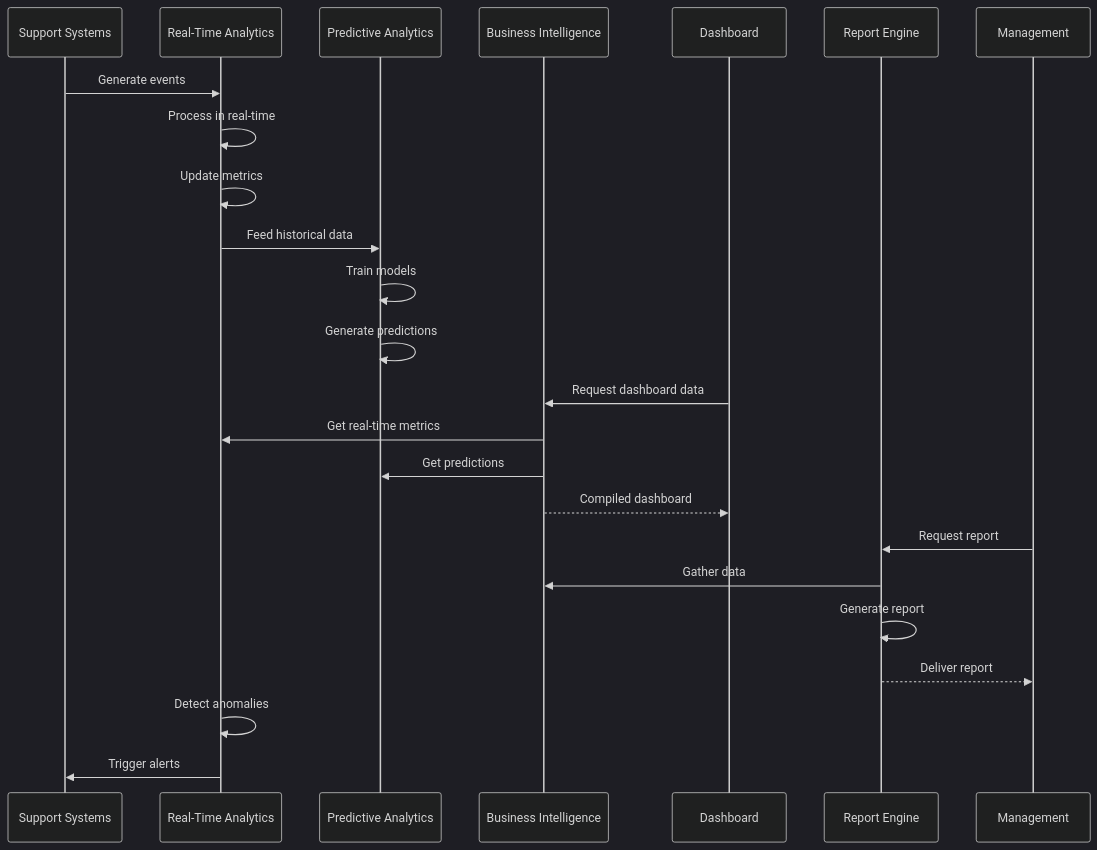
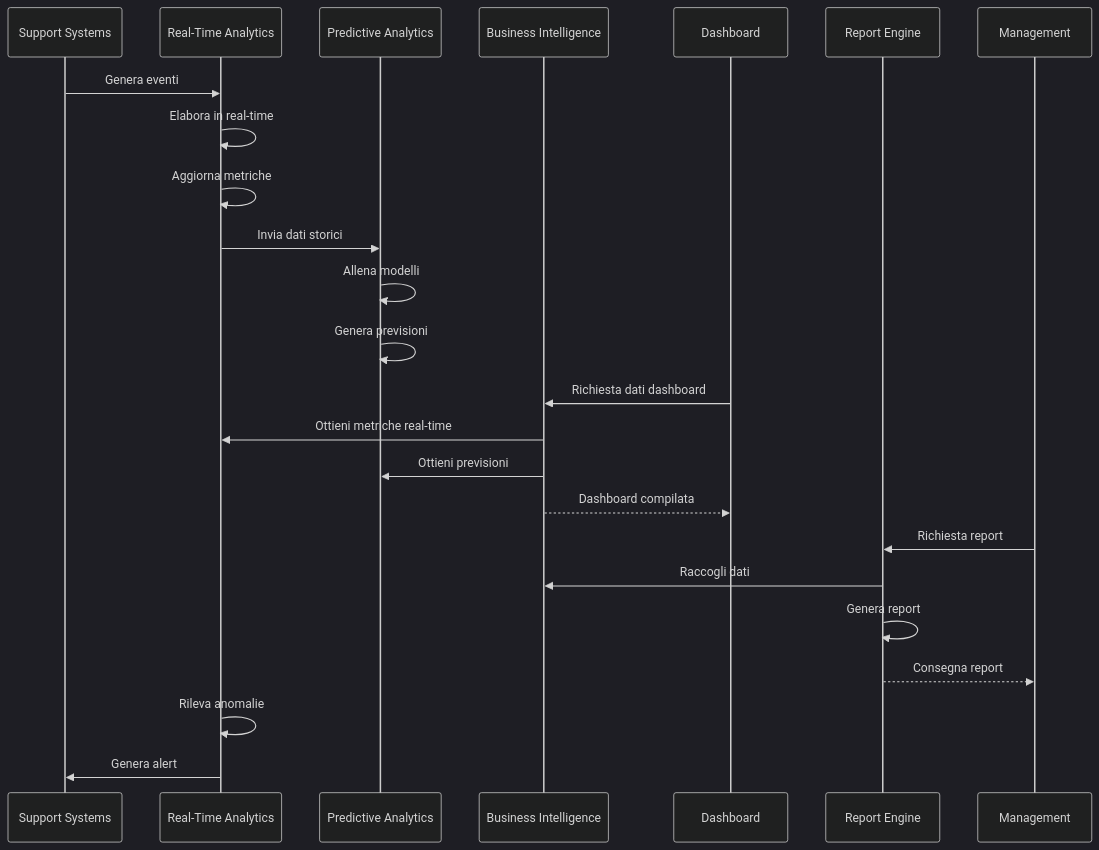
The seventh of 9 diagrams in docs/use_cases/UC10 - Supporto all'Utente/03-SEQUENCES.md (gianlucaciarcelluti/Interzen.ZenIA), drawn with Mermaid (dark theme) before and after one commit. The commit also changed other lines of this file and 14 other files, not shown here.

````diff
--- a/docs/use_cases/UC10 - Supporto all'Utente/03-SEQUENCES.md
+++ b/docs/use_cases/UC10 - Supporto all'Utente/03-SEQUENCES.md
@@ -247,31 +247,31 @@
 ```mermaid
 sequenceDiagram
     participant SY as Support Systems
     participant RA as Real-Time Analytics
     participant PA as Predictive Analytics
     participant BI as Business Intelligence
     participant DB as Dashboard
     participant RP as Report Engine
     participant MG as Management
 
-    SY->>RA: Generate events
-    RA->>RA: Process in real-time
-    RA->>RA: Update metrics
+    SY->>RA: Genera eventi
+    RA->>RA: Elabora in real-time
+    RA->>RA: Aggiorna metriche
 
-    RA->>PA: Feed historical data
-    PA->>PA: Train models
-    PA->>PA: Generate predictions
+    RA->>PA: Invia dati storici
+    PA->>PA: Allena modelli
+    PA->>PA: Genera previsioni
 
-    DB->>BI: Request dashboard data
-    BI->>RA: Get real-time metrics
-    BI->>PA: Get predictions
-    BI-->>DB: Compiled dashboard
+    DB->>BI: Richiesta dati dashboard
+    BI->>RA: Ottieni metriche real-time
+    BI->>PA: Ottieni previsioni
+    BI-->>DB: Dashboard compilata
 
-    MG->>RP: Request report
-    RP->>BI: Gather data
-    RP->>RP: Generate report
-    RP-->>MG: Deliver report
+    MG->>RP: Richiesta report
+    RP->>BI: Raccogli dati
+    RP->>RP: Genera report
+    RP-->>MG: Consegna report
 
-    RA->>RA: Detect anomalies
-    RA->>SY: Trigger alerts
+    RA->>RA: Rileva anomalie
+    RA->>SY: Genera alert
 ```
````
